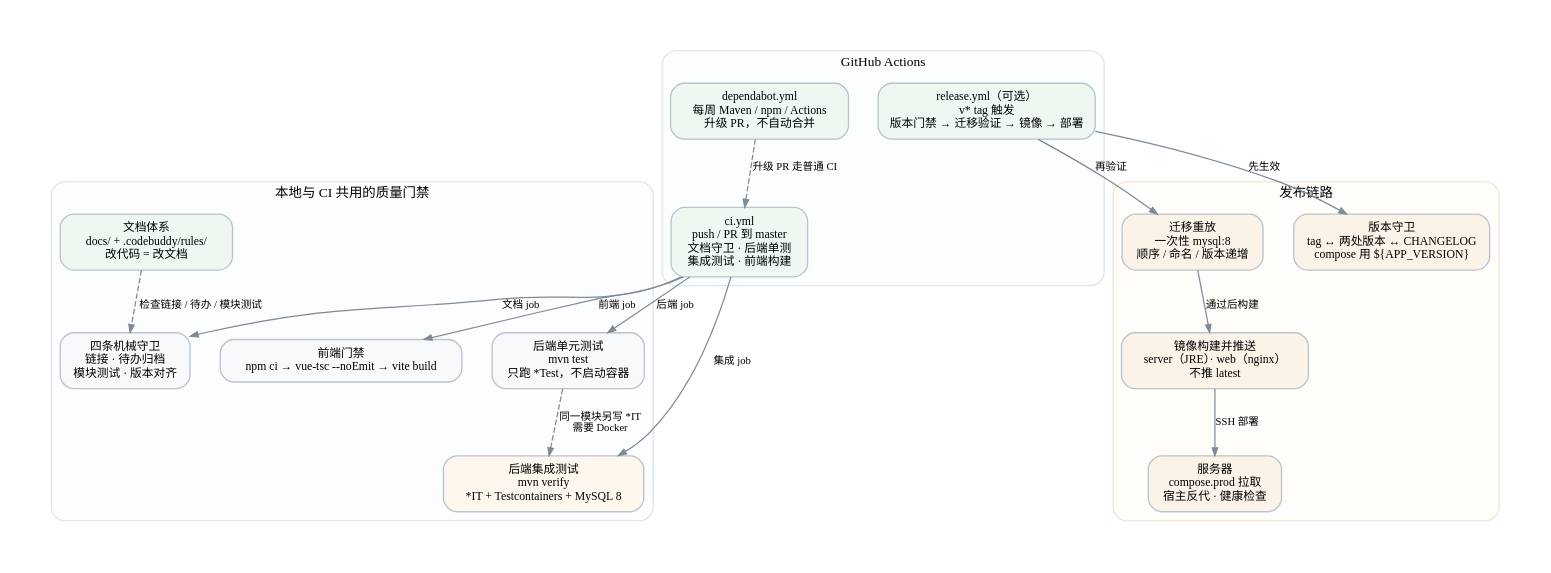
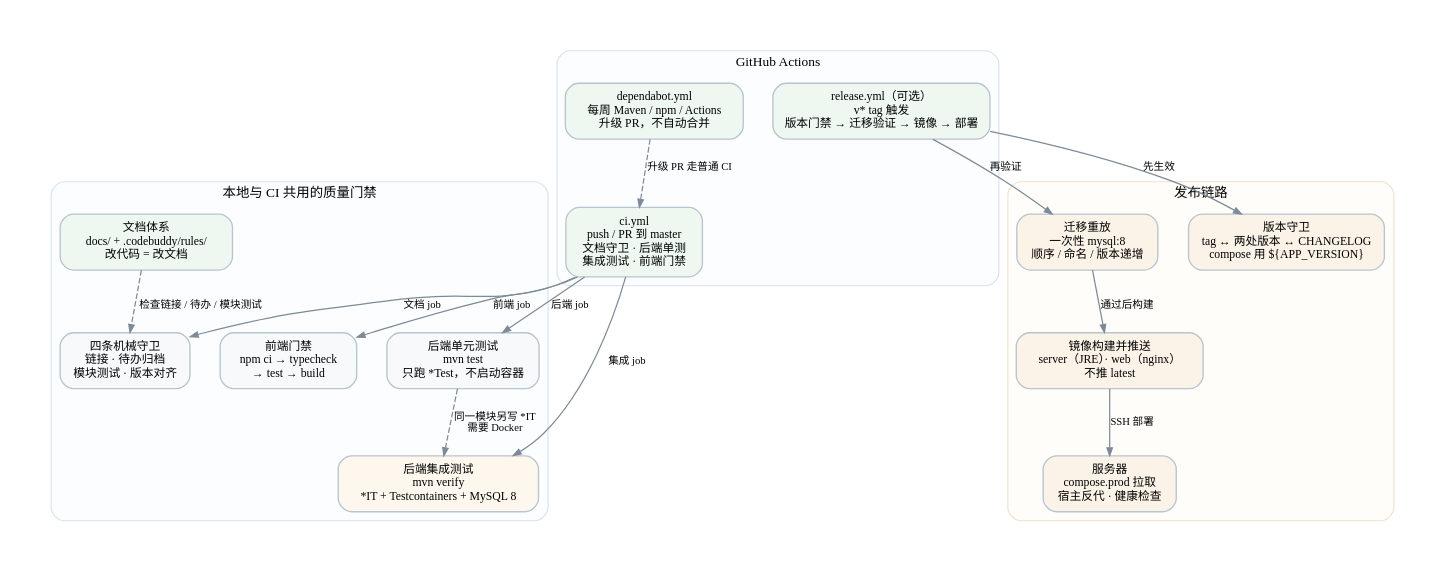
The diagram in references/architecture-quality.dot (hhh666hhh666/project-scaffold), drawn with Graphviz before and after one commit. The commit also changed 14 other files, not shown here.

First line of the commit message:
docs(frontend): 同步单测接入后的版本表、文档与架构图

```diff
--- a/references/architecture-quality.dot
+++ b/references/architecture-quality.dot
@@ -1,85 +1,85 @@
 digraph quality {
   graph [
     rankdir=TB,
     fontname="Microsoft YaHei",
     fontsize=13,
     bgcolor="#ffffff",
     pad=0.42,
     nodesep=0.38,
     ranksep=0.55,
     splines=spline
   ];
   node [
     shape=box,
     style="rounded,filled",
     fontname="Microsoft YaHei",
     fontsize=10.5,
     color="#b9c4cf",
     fillcolor="#f7f9fb",
     penwidth=1.2,
     margin="0.15,0.10"
   ];
   edge [
     color="#7d8a97",
     fontname="Microsoft YaHei",
     fontsize=9.5,
     arrowsize=0.7,
     penwidth=1.1
   ];
 
   subgraph cluster_gates {
     label="本地与 CI 共用的质量门禁";
     fontsize=12;
     color="#d7e2ee";
     style="rounded,filled";
     fillcolor="#fbfdff";
 
-    fe [label="前端门禁\nnpm ci → vue-tsc --noEmit → vite build"];
+    fe [label="前端门禁\nnpm ci → typecheck\n→ test → build"];
     be [label="后端单元测试\nmvn test\n只跑 *Test，不启动容器"];
     it [label="后端集成测试\nmvn verify\n*IT + Testcontainers + MySQL 8", fillcolor="#fdf7ee"];
     guards [label="四条机械守卫\n链接 · 待办归档\n模块测试 · 版本对齐"];
     docs [label="文档体系\ndocs/ + .codebuddy/rules/\n改代码 = 改文档", fillcolor="#eef8f1"];
     { rank=same; fe; be; guards; }
   }
 
   subgraph cluster_ci {
     label="GitHub Actions";
     fontsize=12;
     color="#d7e2ee";
     style="rounded,filled";
     fillcolor="#fbfdff";
 
-    ci [label="ci.yml\npush / PR 到 master\n文档守卫 · 后端单测\n集成测试 · 前端构建", fillcolor="#eef8f1"];
+    ci [label="ci.yml\npush / PR 到 master\n文档守卫 · 后端单测\n集成测试 · 前端门禁", fillcolor="#eef8f1"];
     release [label="release.yml（可选）\nv* tag 触发\n版本门禁 → 迁移验证 → 镜像 → 部署", fillcolor="#eef8f1"];
     dep [label="dependabot.yml\n每周 Maven / npm / Actions\n升级 PR，不自动合并", fillcolor="#eef8f1"];
   }
 
   subgraph cluster_deliver {
     label="发布链路";
     fontsize=12;
     color="#efe1cf";
     style="rounded,filled";
     fillcolor="#fffdf9";
 
     version [label="版本守卫\ntag ↔ 两处版本 ↔ CHANGELOG\ncompose 用 ${APP_VERSION}", fillcolor="#fbf3e8"];
     replay [label="迁移重放\n一次性 mysql:8\n顺序 / 命名 / 版本递增", fillcolor="#fbf3e8"];
     images [label="镜像构建并推送\nserver（JRE）· web（nginx）\n不推 latest", fillcolor="#fbf3e8"];
     server [label="服务器\ncompose.prod 拉取\n宿主反代 · 健康检查", fillcolor="#fbf3e8"];
     { rank=same; version; replay; }
   }
 
   docs -> guards [style=dashed, label="检查链接 / 待办 / 模块测试"];
   be -> it [style=dashed, label="同一模块另写 *IT\n需要 Docker"];
 
   ci -> fe [label="前端 job"];
   ci -> be [label="后端 job"];
   ci -> it [label="集成 job"];
   ci -> guards [label="文档 job"];
 
   dep -> ci [style=dashed, label="升级 PR 走普通 CI"];
 
   release -> version [label="先生效"];
   release -> replay [label="再验证"];
   replay -> images [label="通过后构建"];
   images -> server [label="SSH 部署"];
 }
```
